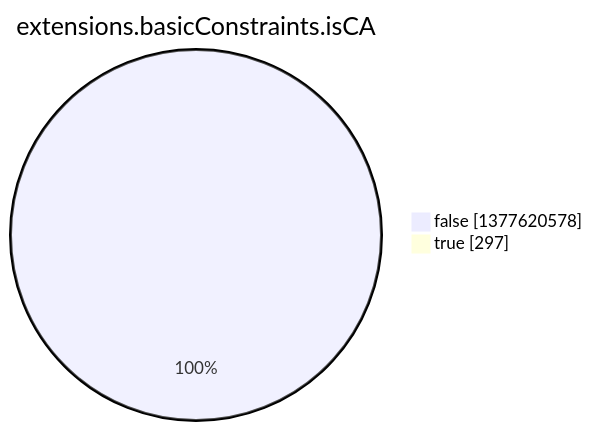
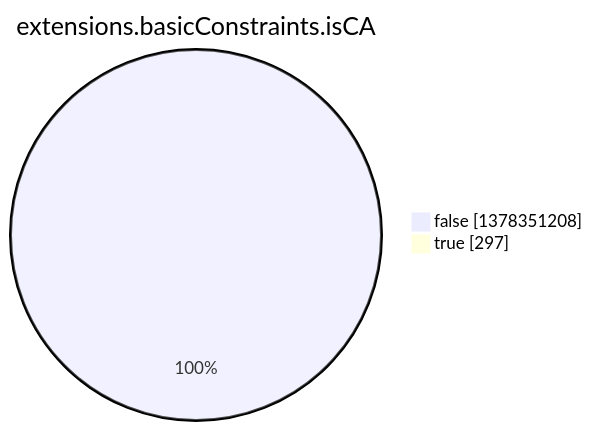
The eighth of 15 diagrams in argon2022/README.md (christiankrug/ctmonitor_visualization), drawn with Mermaid before and after one commit. The commit also changed other lines of this file, not shown here.

````diff
--- a/argon2022/README.md
+++ b/argon2022/README.md
@@ -2759,6 +2759,6 @@
 ```mermaid
 pie showData
 title extensions.basicConstraints.isCA
-"false" :1377620578
+"false" :1378351208
 "true" :297
 ```
````
